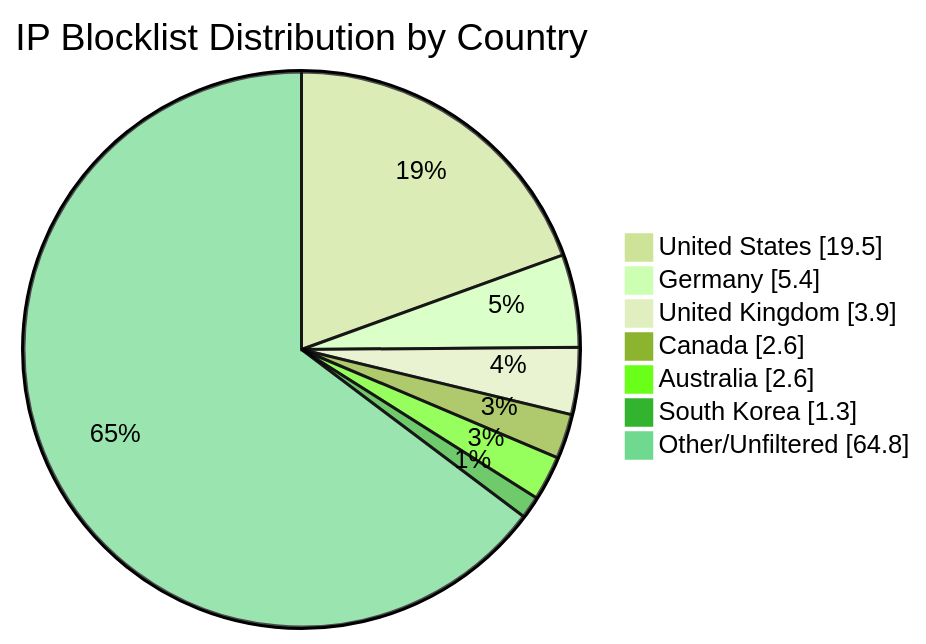
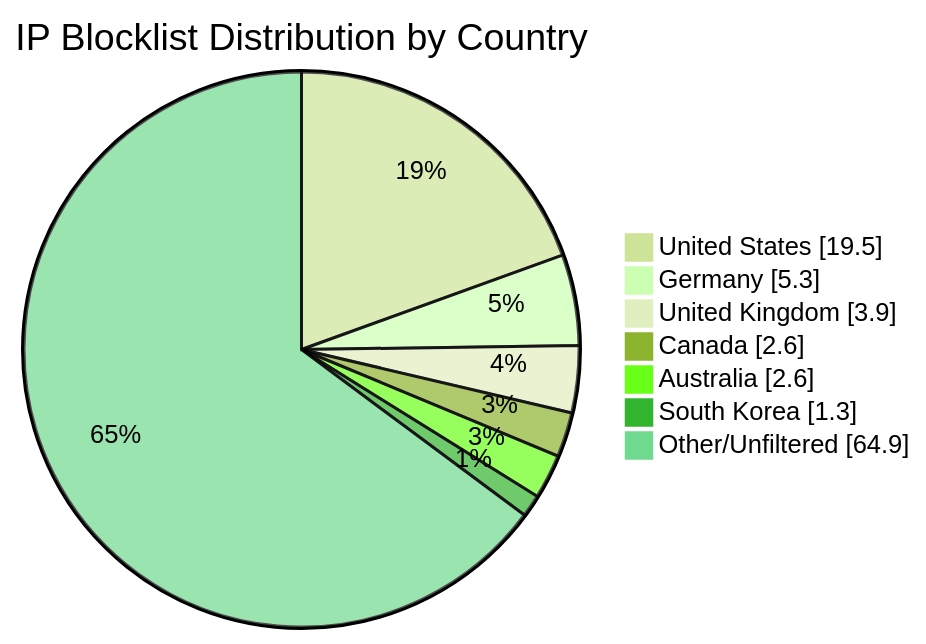
One commit to MarcusHoltz/ipblocklist-geofiltered-aggregator changed the diagram in README.md. Above: the diagram before and after it, drawn with Mermaid (forest theme). The commit also changed other lines of this file and 9 other files, not shown here.

````diff
--- a/README.md
+++ b/README.md
@@ -34,10 +34,10 @@
 ```mermaid
 pie showData title IP Blocklist Distribution by Country
 "United States" : 19.5
-"Germany" : 5.4
+"Germany" : 5.3
 "United Kingdom" : 3.9
 "Canada" : 2.6
 "Australia" : 2.6
 "South Korea" : 1.3
-"Other/Unfiltered" : 64.8
+"Other/Unfiltered" : 64.9
 ```
````
